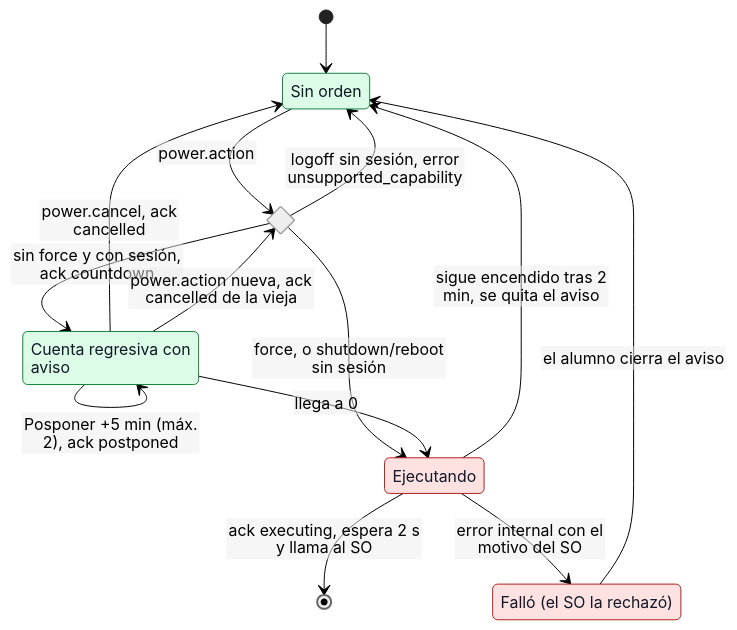
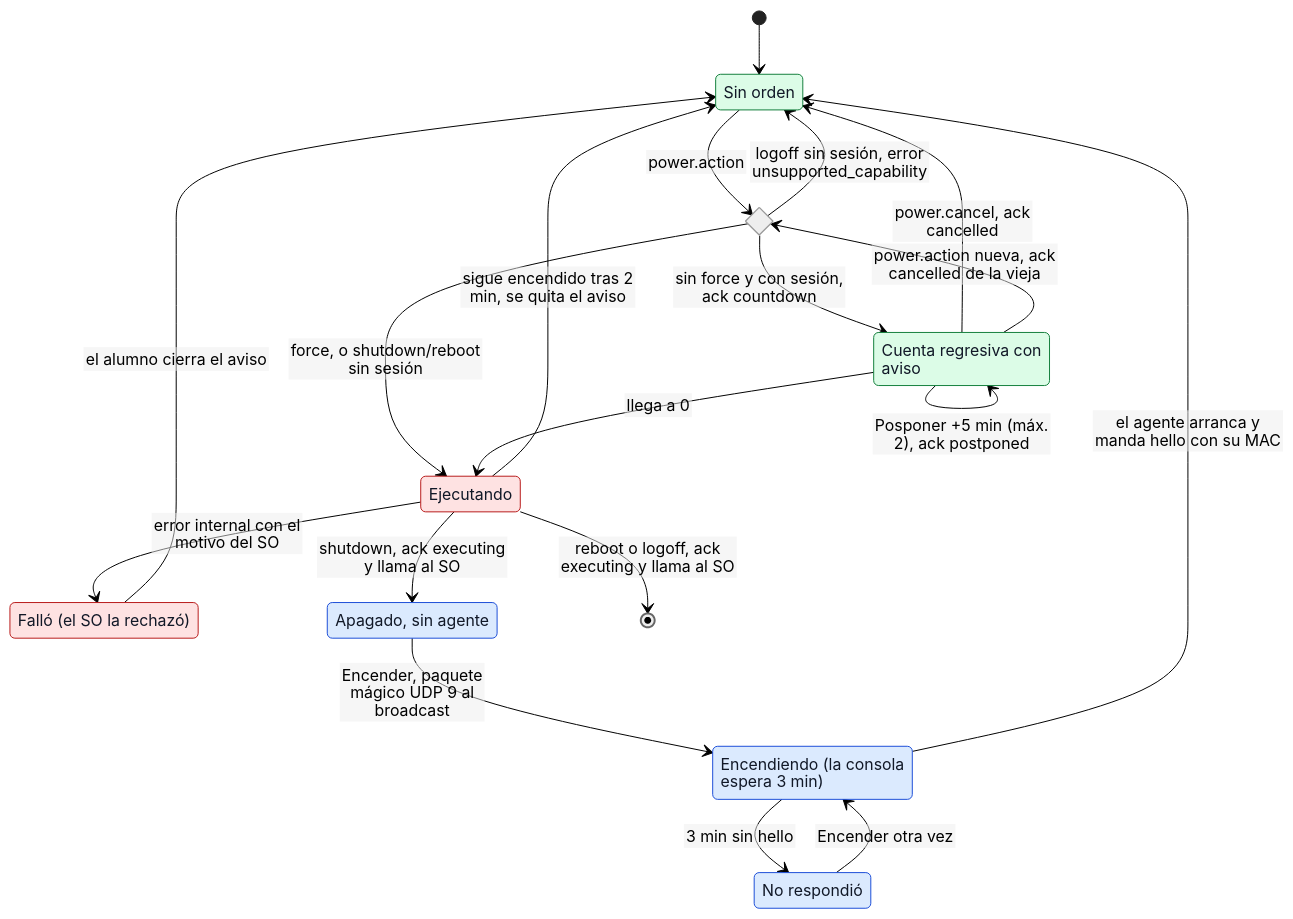
The diagram in docs/diagramas/16-energia.md (bayalad7/aula), drawn with Mermaid (neutral theme) before and after one commit. The commit also changed other lines of this file and 18 other files, not shown here.

First line of the commit message:
documentacion(docs): encender equipos en protocolo, privacidad, manual, diagramas y casos

````diff
--- a/docs/diagramas/16-energia.md
+++ b/docs/diagramas/16-energia.md
@@ -13,32 +14,41 @@
 ```mermaid
 %%{init: {"htmlLabels": false}}%%
 stateDiagram-v2
     state "Sin orden" as Libre
     state "Cuenta regresiva con aviso" as Cuenta
     state "Ejecutando" as Ejecutando
     state "Falló (el SO la rechazó)" as Fallo
+    state "Apagado, sin agente" as Apagado
+    state "Encendiendo (la consola espera 3 min)" as Encendiendo
+    state "No respondió" as NoRespondio
     state sesion <<choice>>
 
     [*] --> Libre
     Libre --> sesion: power.action
     sesion --> Cuenta: sin force y con sesión, ack countdown
     sesion --> Ejecutando: force, o shutdown/reboot sin sesión
     sesion --> Libre: logoff sin sesión, error unsupported_capability
 
     Cuenta --> Cuenta: Posponer +5 min (máx. 2), ack postponed
     Cuenta --> Libre: power.cancel, ack cancelled
     Cuenta --> sesion: power.action nueva, ack cancelled de la vieja
     Cuenta --> Ejecutando: llega a 0
 
-    Ejecutando --> [*]: ack executing, espera 2 s y llama al SO
+    Ejecutando --> [*]: reboot o logoff, ack executing y llama al SO
+    Ejecutando --> Apagado: shutdown, ack executing y llama al SO
+    Apagado --> Encendiendo: Encender, paquete mágico UDP 9 al broadcast
+    Encendiendo --> Libre: el agente arranca y manda hello con su MAC
+    Encendiendo --> NoRespondio: 3 min sin hello
+    NoRespondio --> Encendiendo: Encender otra vez
     Ejecutando --> Fallo: error internal con el motivo del SO
     Ejecutando --> Libre: sigue encendido tras 2 min, se quita el aviso
     Fallo --> Libre: el alumno cierra el aviso
 
     classDef externo fill:#dbeafe,stroke:#1d4ed8,color:#111827
     classDef aula fill:#dcfce7,stroke:#15803d,color:#111827
     classDef datos fill:#ffedd5,stroke:#c2410c,color:#111827
     classDef seguridad fill:#fee2e2,stroke:#b91c1c,color:#111827
     class Libre,Cuenta aula
     class Ejecutando,Fallo seguridad
+    class Apagado,Encendiendo,NoRespondio externo
 ```
````
